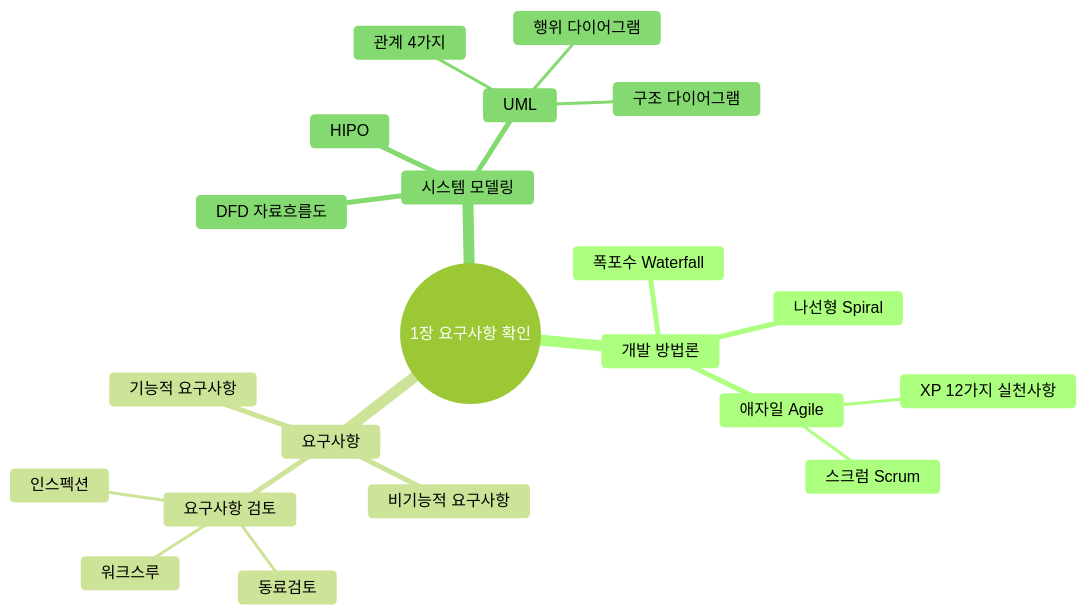
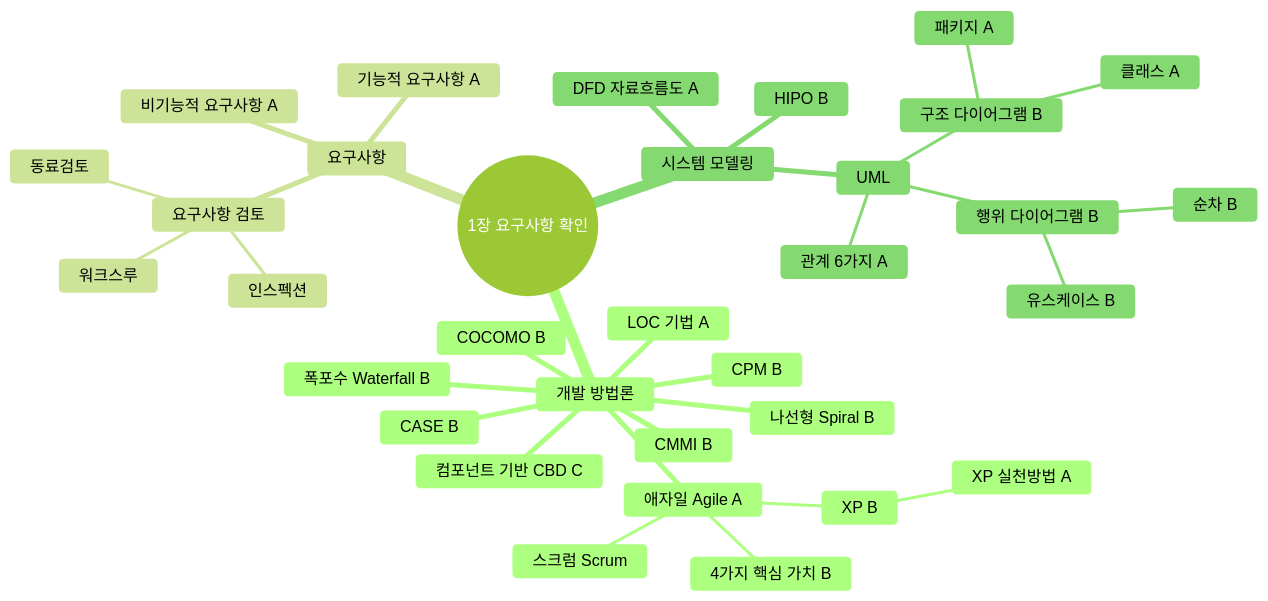
The first of 18 diagrams in 이론/다이어그램_1장.md (Aikaku/EIP_PT), drawn with Mermaid (forest theme) before and after one commit. The commit also changed other lines of this file and 6 other files, not shown here.

Commit message:
Docs : 다이어그램 내용 수정

````diff
--- a/이론/다이어그램_1장.md
+++ b/이론/다이어그램_1장.md
@@ -7,24 +7,36 @@
 ```mermaid
 mindmap
   root((1장 요구사항 확인))
     개발 방법론
-      폭포수 Waterfall
-      나선형 Spiral
-      애자일 Agile
-        XP 12가지 실천사항
+      폭포수 Waterfall B
+      나선형 Spiral B
+      애자일 Agile A
+        4가지 핵심 가치 B
+        XP B
+          XP 실천방법 A
         스크럼 Scrum
+      컴포넌트 기반 CBD C
+      CASE B
+      LOC 기법 A
+      COCOMO B
+      CMMI B
+      CPM B
     요구사항
-      기능적 요구사항
-      비기능적 요구사항
+      기능적 요구사항 A
+      비기능적 요구사항 A
       요구사항 검토
         동료검토
         워크스루
         인스펙션
     시스템 모델링
-      DFD 자료흐름도
-      HIPO
+      DFD 자료흐름도 A
+      HIPO B
       UML
-        관계 4가지
-        구조 다이어그램
-        행위 다이어그램
+        관계 6가지 A
+        구조 다이어그램 B
+          클래스 A
+          패키지 A
+        행위 다이어그램 B
+          유스케이스 B
+          순차 B
 ```
````
